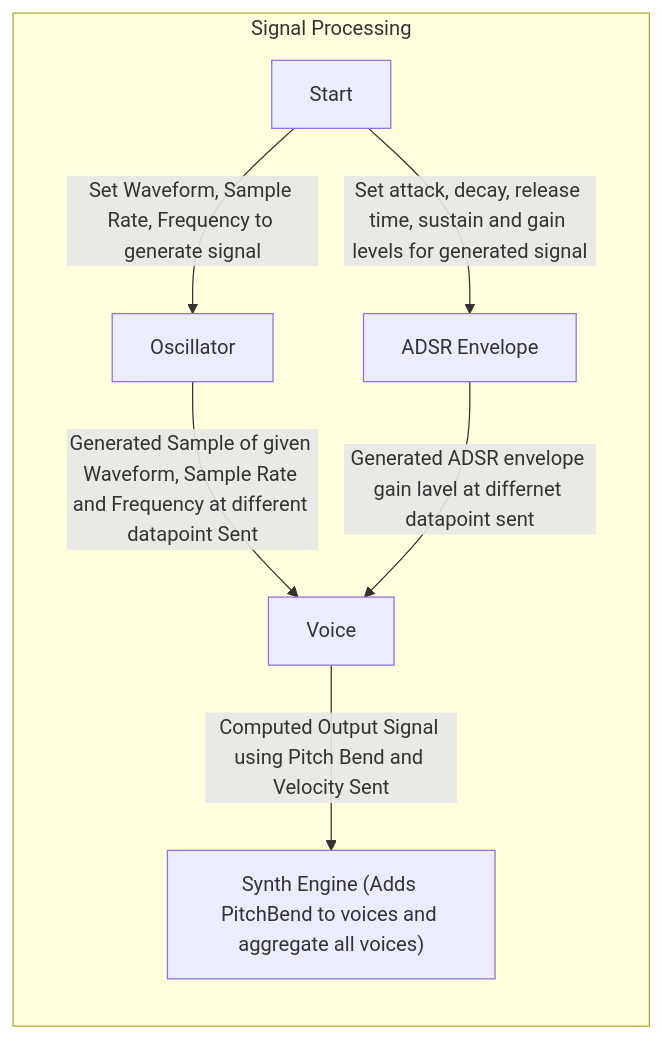
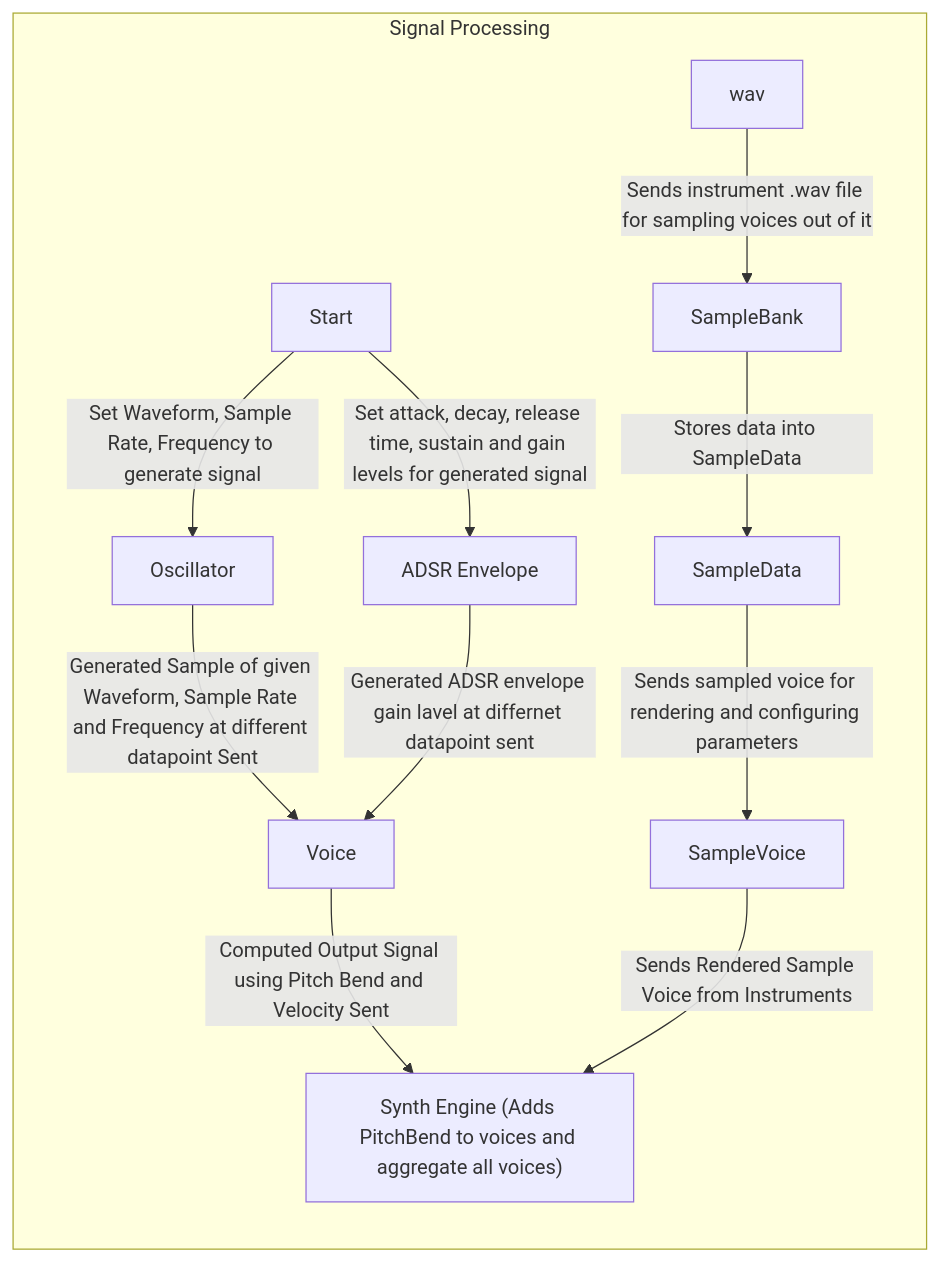
The fourth of 5 diagrams in Readme.md (Devchaudhari1/ClicheStation), drawn with Mermaid before and after one commit. The commit also changed other lines of this file and 87 other files, not shown here.

````diff
--- a/Readme.md
+++ b/Readme.md
@@ -438,12 +548,16 @@
 ```mermaid
 
 flowchart LR
 
 subgraph SignalProcessing[Signal Processing]
     Start[Start]-->|Set Waveform, Sample Rate, Frequency to generate signal|Oscillator[Oscillator]
     Start-->|Set attack, decay, release time, sustain and gain levels for generated signal|ADSREnvelope[ADSR Envelope]
     Oscillator-->|Generated Sample of given Waveform, Sample Rate and Frequency at different datapoint Sent|Voice["Voice"]
     ADSREnvelope-->|Generated ADSR envelope gain lavel at differnet datapoint sent|Voice
     Voice-->|Computed Output Signal using Pitch Bend and Velocity Sent|SynthEngine["Synth Engine (Adds PitchBend to voices and aggregate all voices)" ]
+    wav["wav"]-->|Sends instrument .wav file for sampling voices out of it|SampleBank["SampleBank"]
+    SampleBank-->|Stores data into SampleData|SampleData["SampleData"]
+    SampleData-->|Sends sampled voice for rendering and configuring parameters|SampleVoice
+    SampleVoice["SampleVoice"]-->|Sends Rendered Sample Voice from Instruments|SynthEngine
 end
 ```
````
